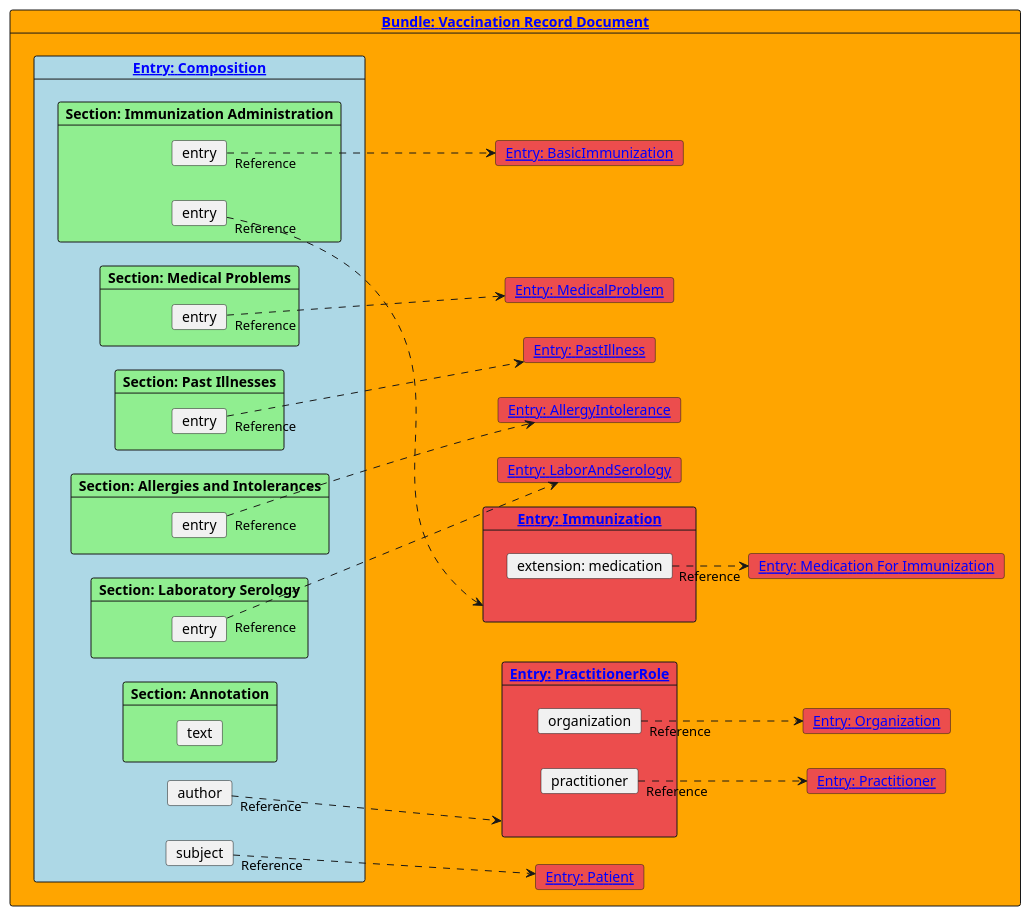
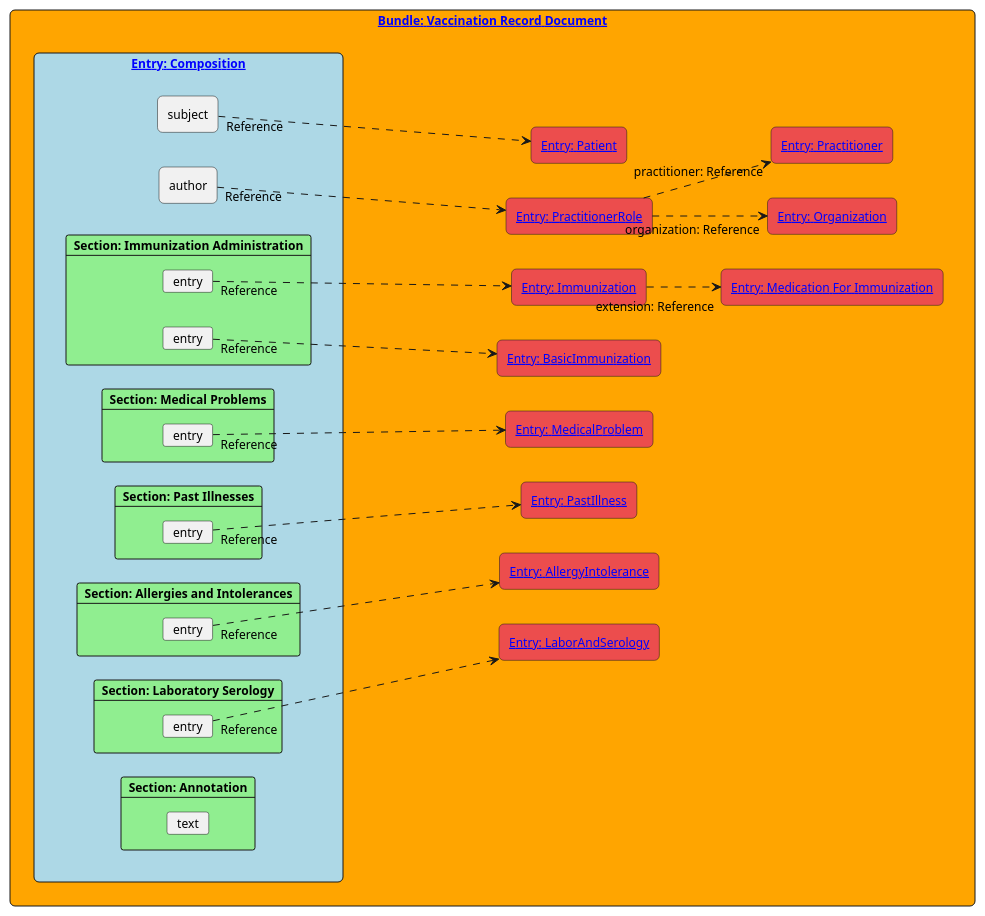
One commit to hl7ch/ch-vacd changed the diagram in input/images-source/vaccination-record-document-elements.plantuml. Above: the diagram before and after it, drawn with PlantUML. The commit also changed 3 other files, not shown here.

Commit message:
diagramms with some improvements

```diff
--- a/input/images-source/vaccination-record-document-elements.plantuml
+++ b/input/images-source/vaccination-record-document-elements.plantuml
@@ -1,71 +1,93 @@
 @startuml
+skinparam shadowing false
+skinparam rectangle {
+    roundCorner 10
+}
+
+skinparam linetype straight
+skinparam defaultFontSize 12
+
 left to right direction
 
-card "[[StructureDefinition-ch-vacd-document-vaccination-record.html Bundle: Vaccination Record Document]]" as document #Orange {
- card "[[StructureDefinition-ch-vacd-composition-vaccination-record.html Entry: Composition]]" as composition #Lightblue  {
-    card subject
-    card author
-    
-    card "Section: Immunization Administration" #LightGreen {
-        card entry as entry1.1
-        card entry as entry1.2
-    }
-    card "Section: Medical Problems" #LightGreen {
-        card entry as entry2.1
-    }
-    card "Section: Past Illnesses" #LightGreen {
-        card entry as entry3.1
-    }
-    card "Section: Allergies and Intolerances" #LightGreen {
-        card entry as entry4.1
-    }
-    card "Section: Laboratory Serology" #LightGreen {
-        card entry as entry5.1
-    }
-    card "Section: Annotation" #LightGreen {
-        card "text"
+rectangle "[[StructureDefinition-ch-vacd-document-vaccination-record.html Bundle: Vaccination Record Document]]" as document #Orange {
+    rectangle "[[StructureDefinition-ch-vacd-composition-vaccination-record.html Entry: Composition]]" as composition #Lightblue  {
+        together {
+            rectangle subject
+            rectangle author
+        }
+
+        together {
+            card "Section: Immunization Administration" #LightGreen {
+                card entry as entry1.1
+                card entry as entry1.2
+            }
+            card "Section: Medical Problems" #LightGreen {
+                card entry as entry2.1
+            }
+            card "Section: Past Illnesses" #LightGreen {
+                card entry as entry3.1
+            }
+            card "Section: Allergies and Intolerances" #LightGreen {
+                card entry as entry4.1
+            }
+            card "Section: Laboratory Serology" #LightGreen {
+                card entry as entry5.1
+            }
+            card "Section: Annotation" #LightGreen {
+                card "text"
+            }
+        }
+
     }
 
- }
- card "[[http://fhir.ch/ig/ch-core/StructureDefinition/ch-core-patient-epr Entry: Patient]]" as patient #ec4d4dff {
- }
- card "[[http://fhir.ch/ig/ch-core/StructureDefinition/ch-core-practitionerrole-epr Entry: PractitionerRole]]" as practitionerrole #ec4d4dff {
-   card practitioner as practitioner1
-   card organization as organization1
- }
- card "[[http://fhir.ch/ig/ch-core/StructureDefinition/ch-core-practitioner-epr Entry: Practitioner]]" as practitioner #ec4d4dff {
- }
- card "[[http://fhir.ch/ig/ch-core/StructureDefinition/ch-core-organization-epr Entry: Organization]]" as organization #ec4d4dff {
- }
- card "[[StructureDefinition-ch-vacd-immunization.html Entry: Immunization]]" as immunization1 #ec4d4dff {
-    card "extension: medication" as extimmunmedi
- }
- card "[[StructureDefinition-ch-vacd-medication-for-immunization.html Entry: Medication For Immunization]]" as mediforimmun #ec4d4dff {
- }
- card "[[StructureDefinition-ch-vacd-basic-immunization.html Entry: BasicImmunization]]" as basicimmunization #ec4d4dff {
- }
- card "[[StructureDefinition-ch-vacd-medical-problems.html Entry: MedicalProblem]]" as medicalproblem #ec4d4dff {
- }
- card "[[StructureDefinition-ch-vacd-pastillnesses.html Entry: PastIllness]]" as pastillness #ec4d4dff {
- }
- card "[[StructureDefinition-ch-vacd-allergyintolerances.html Entry: AllergyIntolerance]]" as allergyintolerance #ec4d4dff {
- }
- card "[[StructureDefinition-ch-vacd-laboratory-serology.html Entry: LaborAndSerology]]" as laborandserology #ec4d4dff {
- }
+    together {
 
-practitioner1 "Reference"..> practitioner
-organization1 "Reference"..> organization
+        together {
+            rectangle "[[http://fhir.ch/ig/ch-core/StructureDefinition/ch-core-patient-epr Entry: Patient]]" as patient #ec4d4dff {
+            }
+            rectangle "[[http://fhir.ch/ig/ch-core/StructureDefinition/ch-core-practitionerrole-epr Entry: PractitionerRole]]" as practitionerrole #ec4d4dff {
+                ''card practitioner as practitioner1
+                ''card organization as organization1
+            }
+
+            rectangle "[[StructureDefinition-ch-vacd-immunization.html Entry: Immunization]]" as immunization1 #ec4d4dff {
+                ''card "extension: medication" as extimmunmedi
+            }
+            rectangle "[[StructureDefinition-ch-vacd-basic-immunization.html Entry: BasicImmunization]]" as basicimmunization #ec4d4dff {
+            }
+            rectangle "[[StructureDefinition-ch-vacd-medical-problems.html Entry: MedicalProblem]]" as medicalproblem #ec4d4dff {
+            }
+            rectangle "[[StructureDefinition-ch-vacd-pastillnesses.html Entry: PastIllness]]" as pastillness #ec4d4dff {
+            }
+            rectangle "[[StructureDefinition-ch-vacd-allergyintolerances.html Entry: AllergyIntolerance]]" as allergyintolerance #ec4d4dff {
+            }
+            rectangle "[[StructureDefinition-ch-vacd-laboratory-serology.html Entry: LaborAndSerology]]" as laborandserology #ec4d4dff {
+            }
+        }
+
+        together {
+            rectangle "[[http://fhir.ch/ig/ch-core/StructureDefinition/ch-core-practitioner-epr Entry: Practitioner]]" as practitioner #ec4d4dff {
+            }
+            rectangle "[[http://fhir.ch/ig/ch-core/StructureDefinition/ch-core-organization-epr Entry: Organization]]" as organization #ec4d4dff {
+            }
+            rectangle "[[StructureDefinition-ch-vacd-medication-for-immunization.html Entry: Medication For Immunization]]" as mediforimmun #ec4d4dff {
+            }
+        }
+    }
+}
+
+practitionerrole ..>"practitioner: Reference" practitioner
+practitionerrole ..>"organization: Reference" organization
 
 
-subject "Reference"..> patient
+subject "Reference"..>  patient
 author "Reference"..> practitionerrole
 entry1.1 "Reference"..> immunization1
-extimmunmedi "Reference"..> mediforimmun
+immunization1 ..>"extension: Reference" mediforimmun
 entry1.2 "Reference"..> basicimmunization
 entry2.1 "Reference"..> medicalproblem
 entry3.1 "Reference"..> pastillness
 entry4.1 "Reference"..> allergyintolerance
 entry5.1 "Reference"..> laborandserology
 
-}
 @enduml
```
